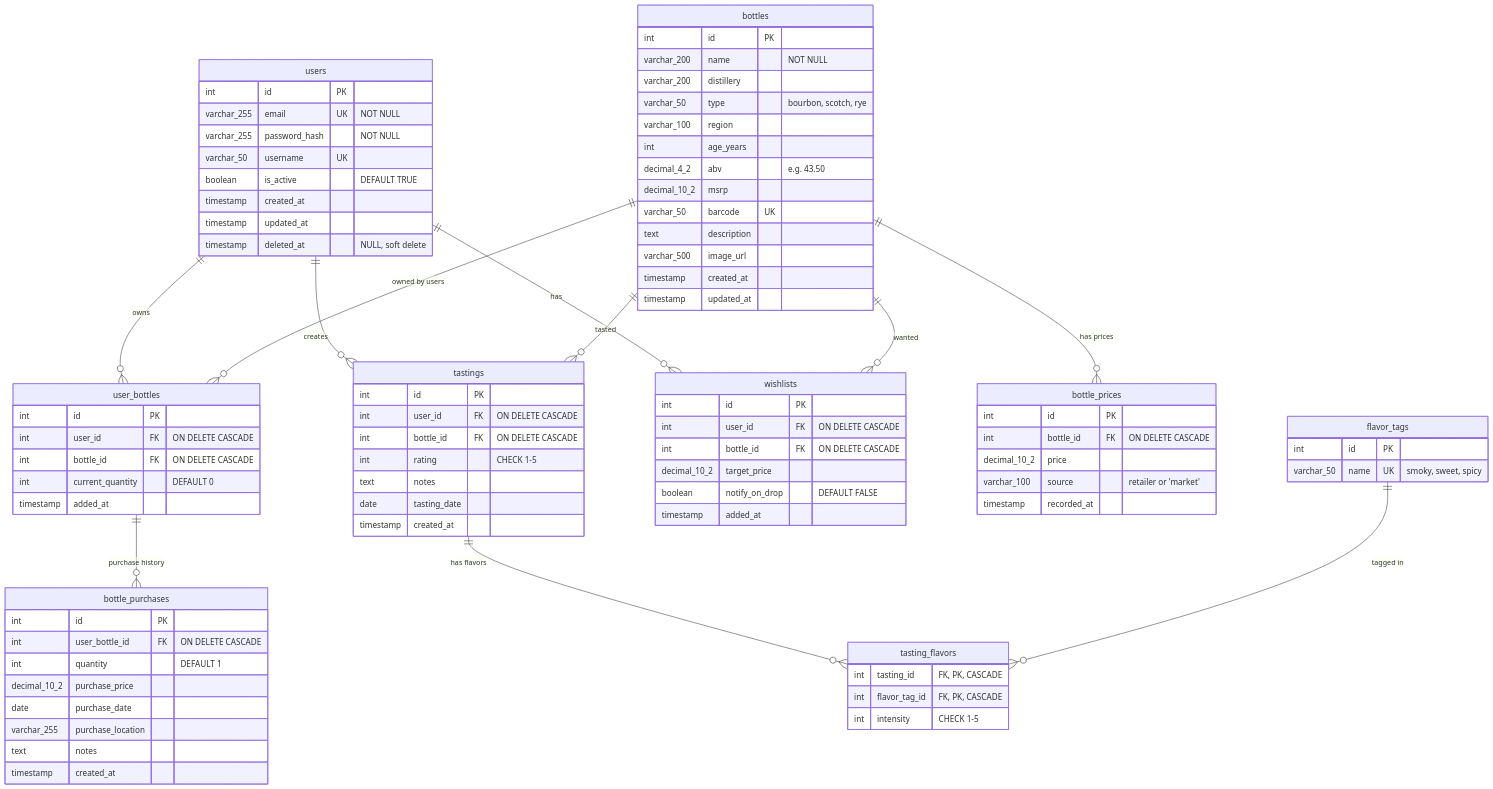
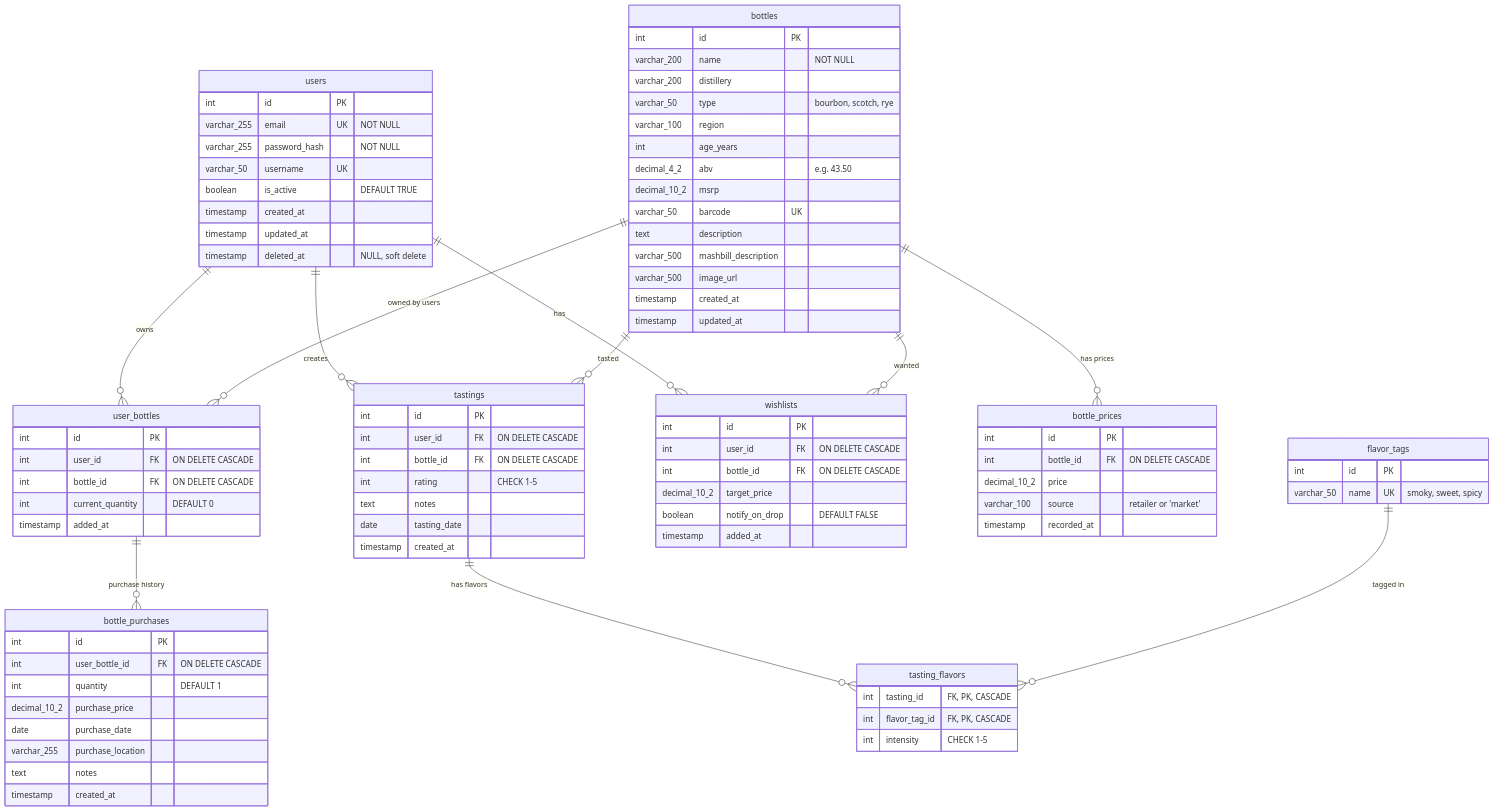
One commit to johnst101/MyCask changed the diagram in docs/MYCASK_DATABASE_ERD.md. Above: the diagram before and after it, drawn with Mermaid. The commit also changed 9 other files, not shown here.

```diff
--- a/docs/MYCASK_DATABASE_ERD.md
+++ b/docs/MYCASK_DATABASE_ERD.md
@@ -38,6 +38,7 @@
         decimal_10_2 msrp
         varchar_50 barcode UK
         text description
+        varchar_500 mashbill_description
         varchar_500 image_url
         timestamp created_at
         timestamp updated_at
```
